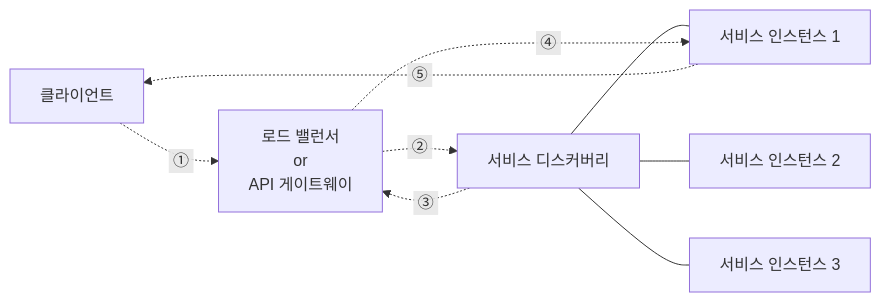
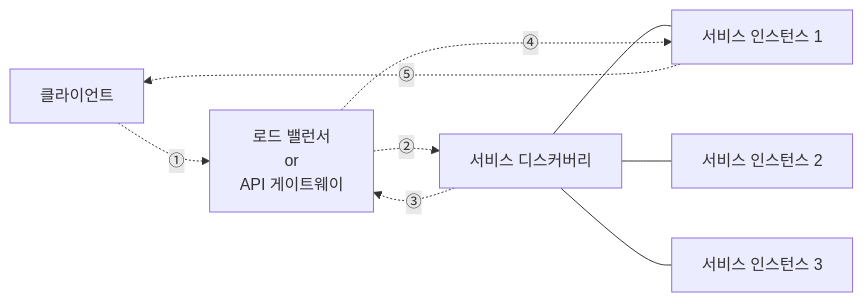
One commit to sangwon0724/sangwon0724.github.io changed the second of 2 diagrams in _posts/Spring/Spring Cloud/2025-04-03-spring-cloud-002.markdown. Above: the diagram before and after it, drawn with Mermaid.

Commit message:
mermaid js 문법 수정

````diff
--- a/_posts/Spring/Spring Cloud/2025-04-03-spring-cloud-002.markdown
+++ b/_posts/Spring/Spring Cloud/2025-04-03-spring-cloud-002.markdown
@@ -70,11 +70,11 @@
 ```mermaid
 flowchart LR
-    A["클라이언트"] -.&nbsp;①&nbsp;.-> B["로드 밸런서<br/>or<br/>API 게이트웨이"]
-    B -.&nbsp;②&nbsp;.-> C["서비스 디스커버리"]
-    C -.&nbsp;③&nbsp;.-> B
+    A["클라이언트"] -.①.-> B["로드 밸런서<br/>or<br/>API 게이트웨이"]
+    B -.②.-> C["서비스 디스커버리"]
+    C -.③.-> B
     C --- D1["서비스 인스턴스 1"]
     C --- D2["서비스 인스턴스 2"]
     C --- D3["서비스 인스턴스 3"]
-    B -.&nbsp;④&nbsp;.-> D1
-    D1 -.&nbsp;⑤&nbsp;.-> A
+    B -.④.-> D1
+    D1 -.⑤.-> A
 ```
````
